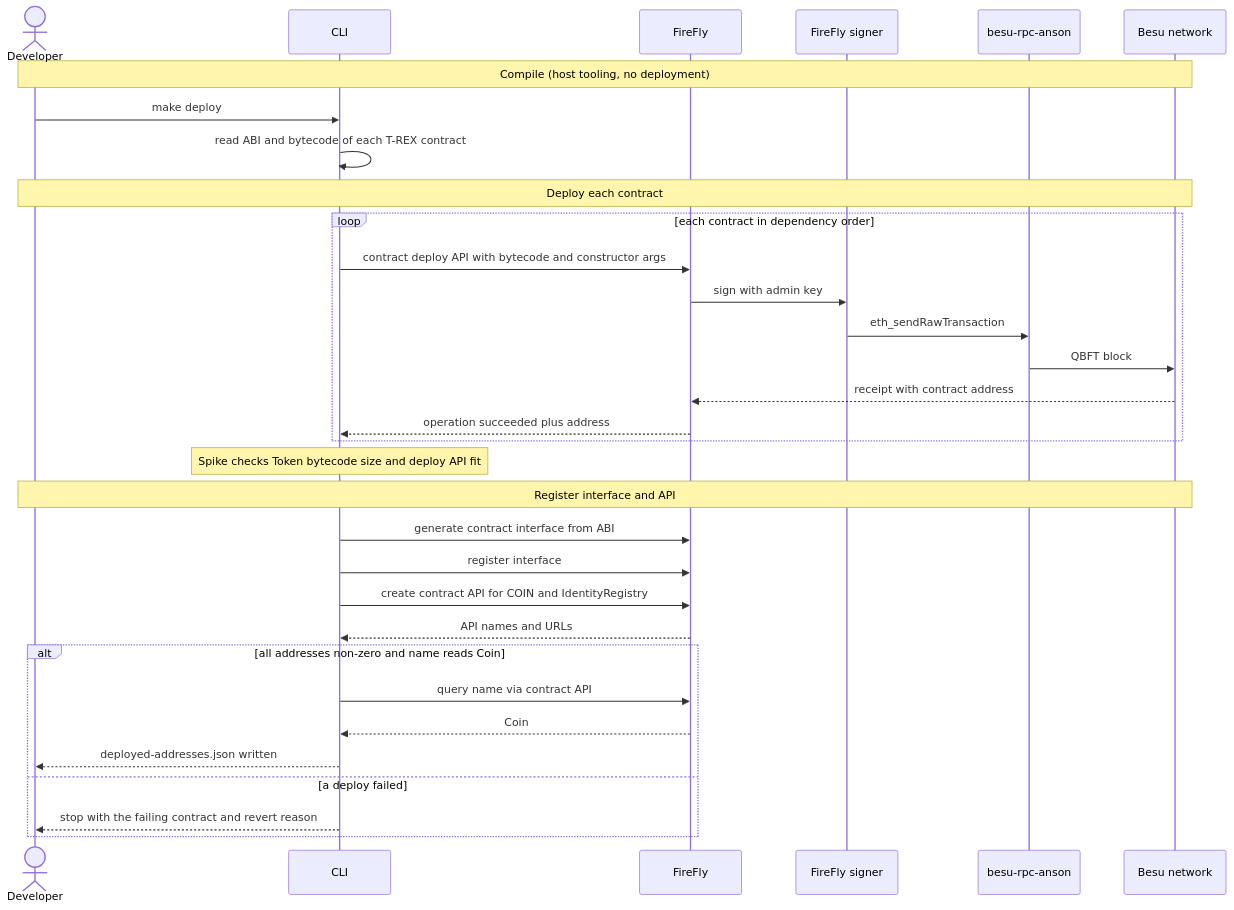
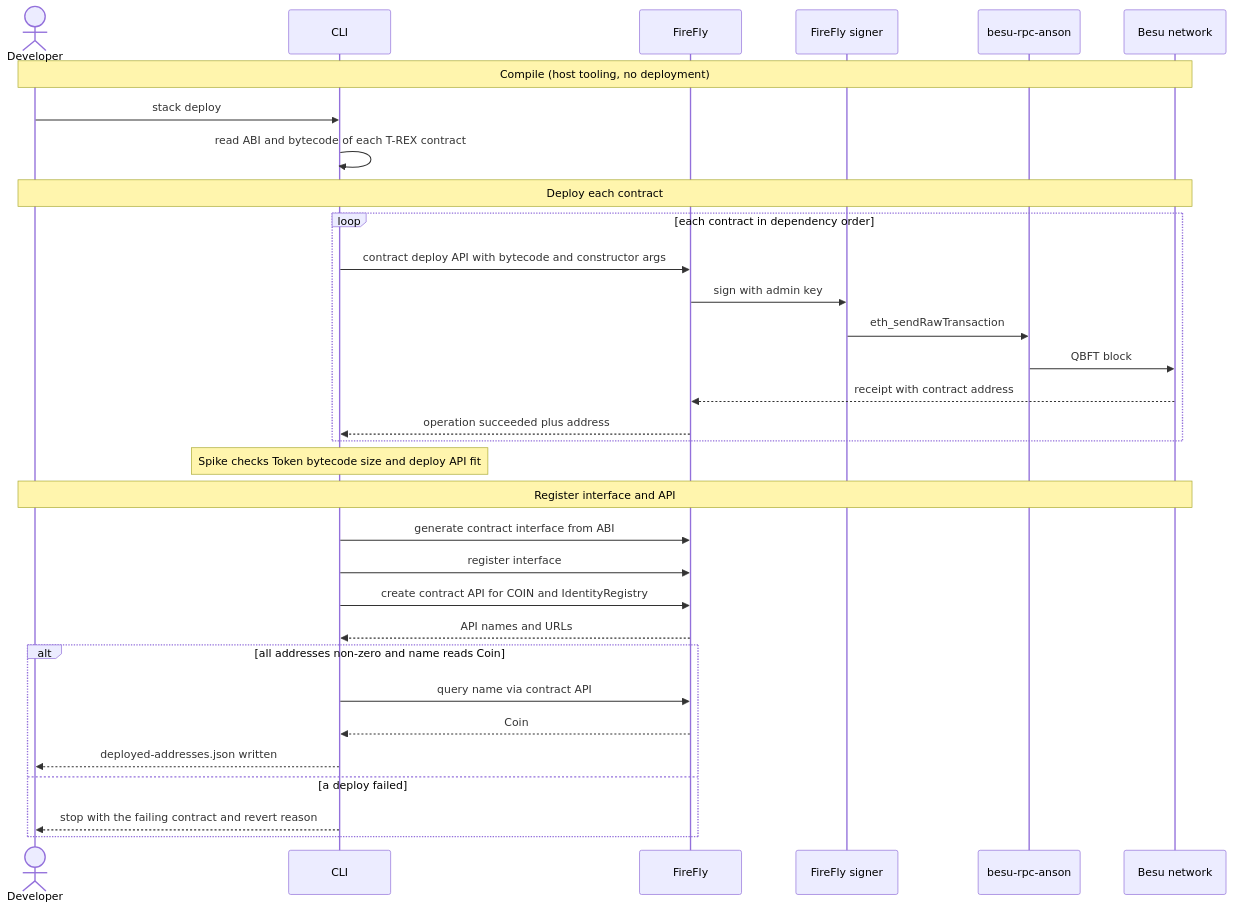
One commit to hohowin/besu-with-firefly changed the fourth of 11 diagrams in docs/use-cases.md. Above: the diagram before and after it, drawn with Mermaid. The commit also changed other lines of this file and 5 other files, not shown here.

````diff
--- a/docs/use-cases.md
+++ b/docs/use-cases.md
@@ -170,38 +170,38 @@
 ```mermaid
 sequenceDiagram
     actor Dev as Developer
     participant CLI as CLI
     participant FF as FireFly
     participant SG as FireFly signer
     participant RPC as besu-rpc-anson
     participant CH as Besu network
 
     Note over Dev,CH: Compile (host tooling, no deployment)
-    Dev->>CLI: make deploy
+    Dev->>CLI: stack deploy
     CLI->>CLI: read ABI and bytecode of each T-REX contract
 
     Note over Dev,CH: Deploy each contract
     loop each contract in dependency order
         CLI->>FF: contract deploy API with bytecode and constructor args
         FF->>SG: sign with admin key
         SG->>RPC: eth_sendRawTransaction
         RPC->>CH: QBFT block
         CH-->>FF: receipt with contract address
         FF-->>CLI: operation succeeded plus address
     end
     Note over CLI: Spike checks Token bytecode size and deploy API fit
 
     Note over Dev,CH: Register interface and API
     CLI->>FF: generate contract interface from ABI
     CLI->>FF: register interface
     CLI->>FF: create contract API for COIN and IdentityRegistry
     FF-->>CLI: API names and URLs
 
     alt all addresses non-zero and name reads Coin
         CLI->>FF: query name via contract API
         FF-->>CLI: Coin
         CLI-->>Dev: deployed-addresses.json written
     else a deploy failed
         CLI-->>Dev: stop with the failing contract and revert reason
     end
 ```
````
